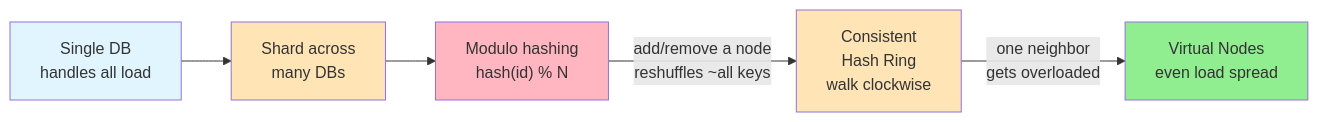
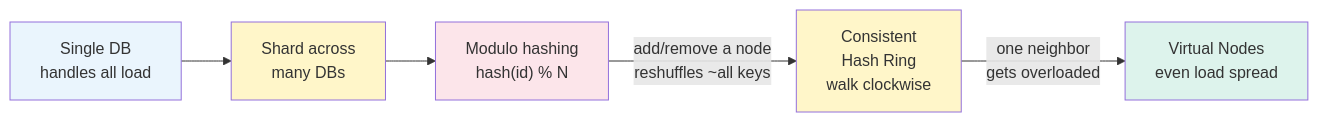
Before and after one commit to cartmancodes/InterviewVault: the first of 2 diagrams in LLD/SystemDesign/CoreConcepts/ConsistentHashing.md, drawn with Mermaid. The commit also changed other lines of this file and 679 other files, not shown here.

Commit message:
Unify content diagrams and add accessible visual walkthroughs

````diff
--- a/LLD/SystemDesign/CoreConcepts/ConsistentHashing.md
+++ b/LLD/SystemDesign/CoreConcepts/ConsistentHashing.md
@@ -40,13 +40,13 @@
 ```mermaid
 graph LR
     A["Single DB<br/>handles all load"] --> B["Shard across<br/>many DBs"]
     B --> C["Modulo hashing<br/>hash(id) % N"]
     C -->|"add/remove a node<br/>reshuffles ~all keys"| D["Consistent<br/>Hash Ring<br/>walk clockwise"]
     D -->|"one neighbor<br/>gets overloaded"| E["Virtual Nodes<br/>even load spread"]
 
-    style A fill:#e1f5ff
-    style B fill:#FFE4B5
-    style C fill:#FFB6C1
-    style D fill:#FFE4B5
-    style E fill:#90EE90
+    style A fill:#EAF5FD
+    style B fill:#FFF6C9
+    style C fill:#FCE5EA
+    style D fill:#FFF6C9
+    style E fill:#DDF3EC
 ```
````
